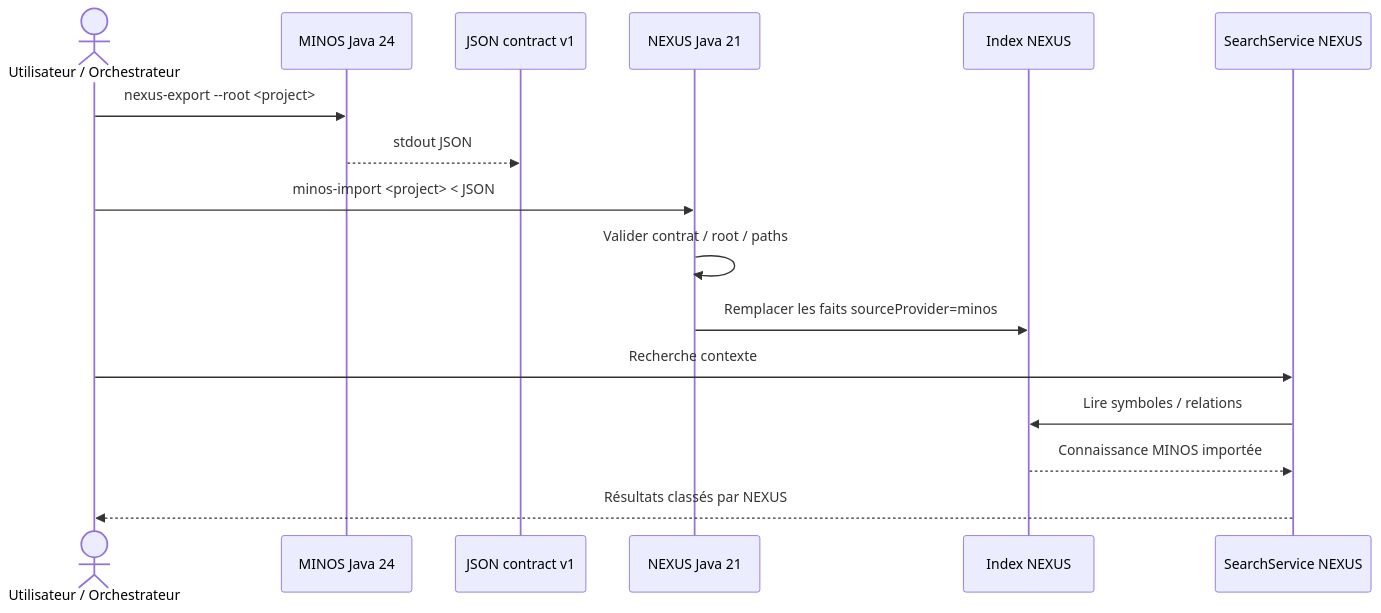
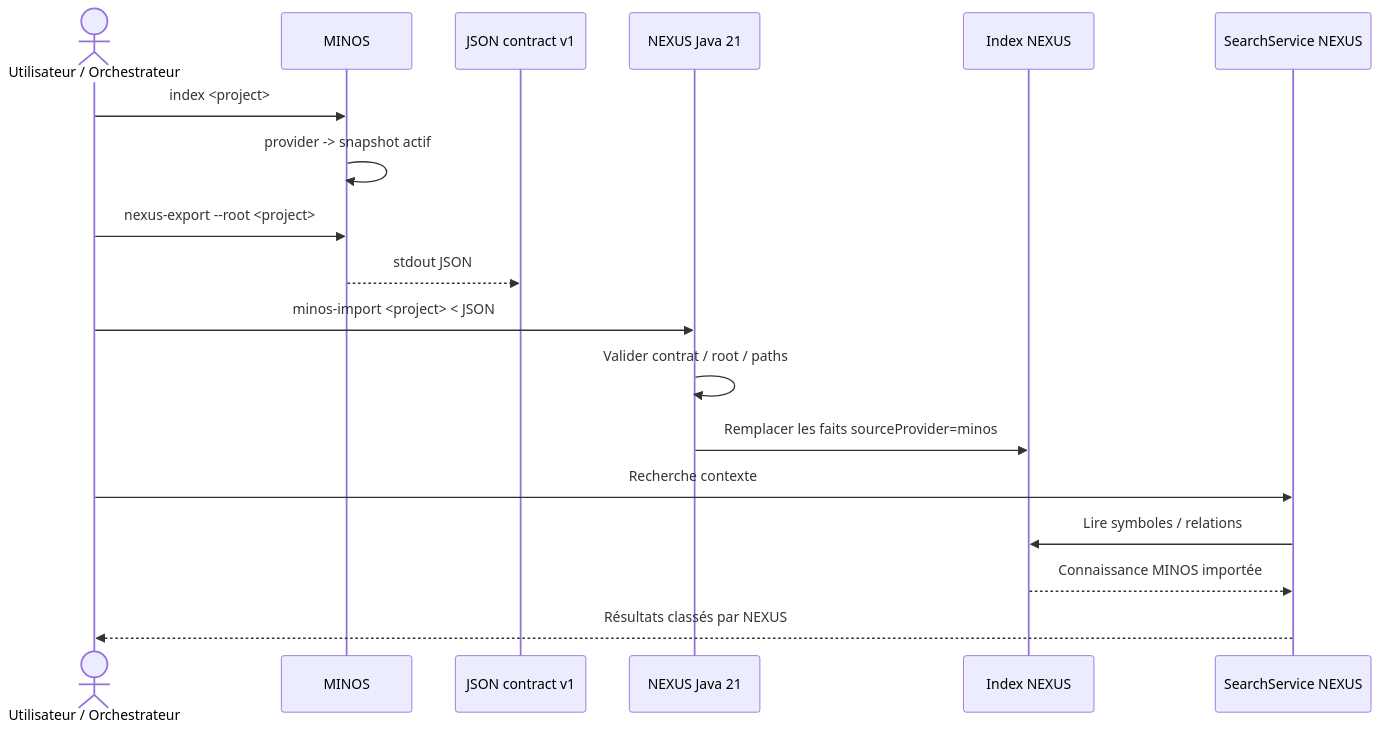
The diagram in docs/user/nexus.md (FTurleque/minos-code-intelligence), drawn with Mermaid before and after one commit. The commit also changed other lines of this file and 1 other file, not shown here.

````diff
--- a/docs/user/nexus.md
+++ b/docs/user/nexus.md
@@ -14,19 +14,21 @@
 ```mermaid
 sequenceDiagram
     actor U as Utilisateur / Orchestrateur
-    participant M as MINOS Java 24
+    participant M as MINOS
     participant J as JSON contract v1
     participant N as NEXUS Java 21
     participant R as Index NEXUS
     participant S as SearchService NEXUS
 
+    U->>M: index <project>
+    M->>M: provider -> snapshot actif
     U->>M: nexus-export --root <project>
     M-->>J: stdout JSON
     U->>N: minos-import <project> < JSON
     N->>N: Valider contrat / root / paths
     N->>R: Remplacer les faits sourceProvider=minos
     U->>S: Recherche contexte
     S->>R: Lire symboles / relations
     R-->>S: Connaissance MINOS importée
     S-->>U: Résultats classés par NEXUS
 ```
````
